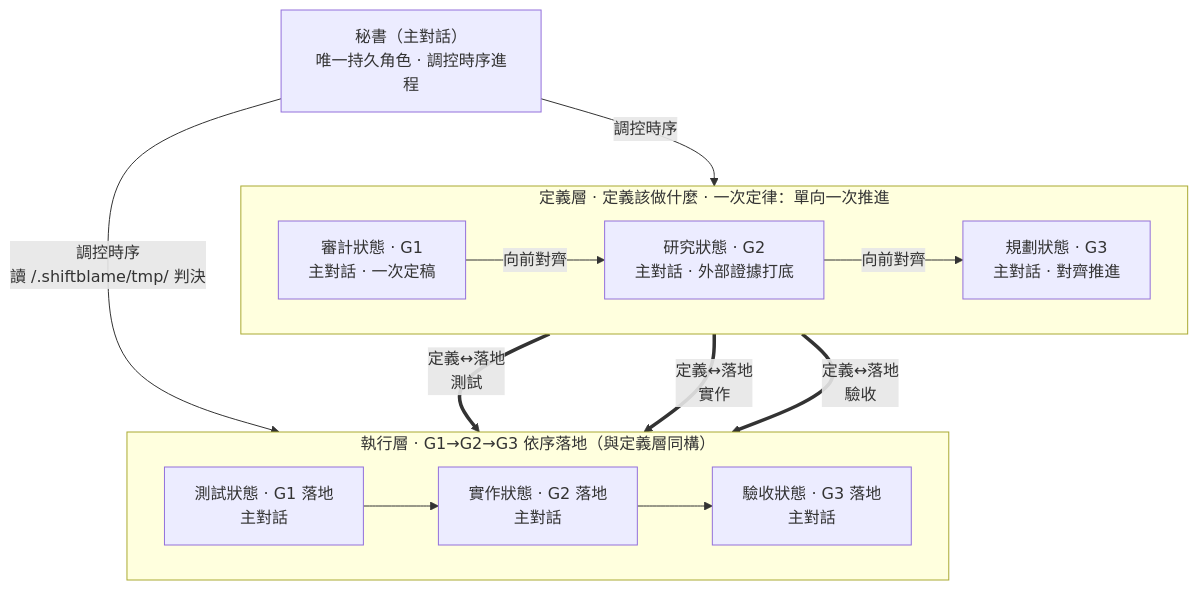
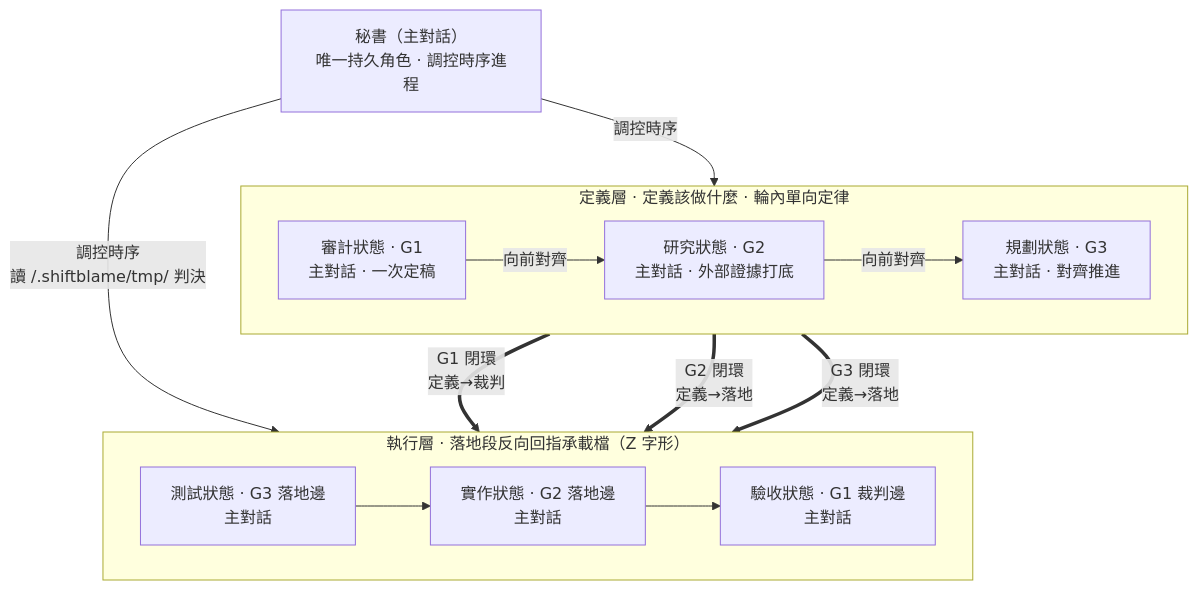
Before and after one commit to teps3105/shiftblame: the second of 2 diagrams in README.md, drawn with Mermaid. The commit also changed other lines of this file and 21 other files, not shown here.

````diff
--- a/README.md
+++ b/README.md
@@ -90,19 +90,19 @@
 ```mermaid
 flowchart TB
     SEC["秘書（主對話）<br/>唯一持久角色 · 調控時序進程"]
-    subgraph Consult["定義層 · 定義該做什麼 · 一次定律：單向一次推進"]
+    subgraph Consult["定義層 · 定義該做什麼 · 輪內單向定律"]
         direction LR
         G1["審計狀態 · G1<br/>主對話 · 一次定稿"] -->|向前對齊| G2["研究狀態 · G2<br/>主對話 · 外部證據打底"]
         G2 -->|向前對齊| G3["規劃狀態 · G3<br/>主對話 · 對齊推進"]
     end
-    subgraph Build["執行層 · G1→G2→G3 依序落地（與定義層同構）"]
+    subgraph Build["執行層 · 落地段反向回指承載檔（Z 字形）"]
         direction LR
-        TST["測試狀態 · G1 落地<br/>主對話"] --> DEV["實作狀態 · G2 落地<br/>主對話"]
-        DEV --> ACC["驗收狀態 · G3 落地<br/>主對話"]
+        TST["測試狀態 · G3 落地邊<br/>主對話"] --> DEV["實作狀態 · G2 落地邊<br/>主對話"]
+        DEV --> ACC["驗收狀態 · G1 裁判邊<br/>主對話"]
     end
     SEC -- 調控時序 --> Consult
     SEC -- 調控時序<br/>讀 <repo>/.shiftblame/tmp/ 判決 --> Build
-    G1 == "定義↔落地<br/>測試" ==> TST
-    G2 == "定義↔落地<br/>實作" ==> DEV
-    G3 == "定義↔落地<br/>驗收" ==> ACC
+    G1 == "G1 閉環<br/>定義→裁判" ==> ACC
+    G2 == "G2 閉環<br/>定義→落地" ==> DEV
+    G3 == "G3 閉環<br/>定義→落地" ==> TST
 ```
````
